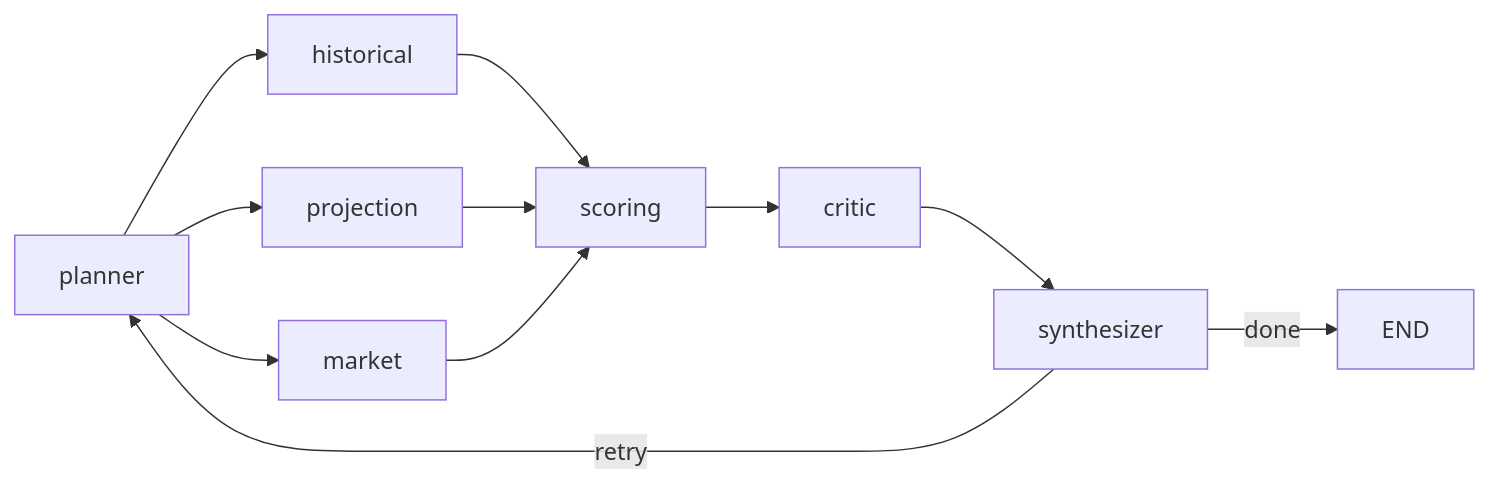
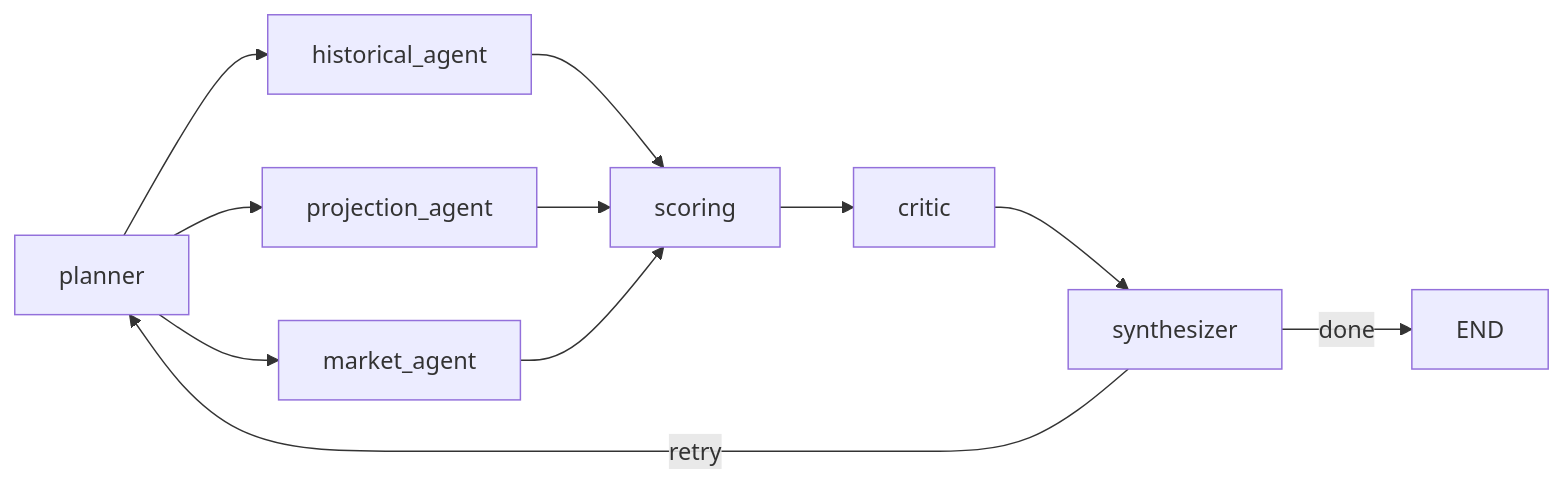
Before and after one commit to eason034056/nba-player-stats-analysis: the second of 2 diagrams in docs/progress.md, drawn with Mermaid. The commit also changed other lines of this file, not shown here.

````diff
--- a/docs/progress.md
+++ b/docs/progress.md
@@ -51,13 +51,13 @@
 ```mermaid
 flowchart LR
-  planner --> historical
-  planner --> projection
-  planner --> market
-  historical --> scoring
-  projection --> scoring
-  market --> scoring
+  planner --> historical_agent
+  planner --> projection_agent
+  planner --> market_agent
+  historical_agent --> scoring
+  projection_agent --> scoring
+  market_agent --> scoring
   scoring --> critic
   critic --> synthesizer
   synthesizer -->|retry| planner
   synthesizer -->|done| stopNode["END"]
 ```
````
